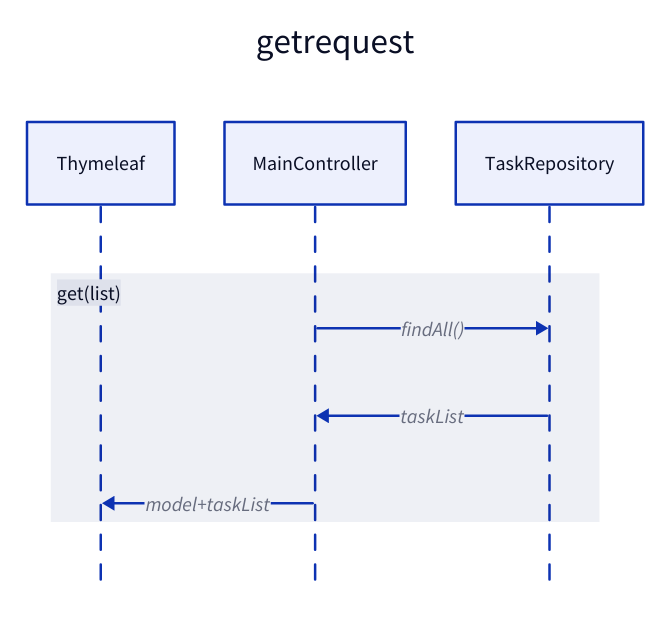
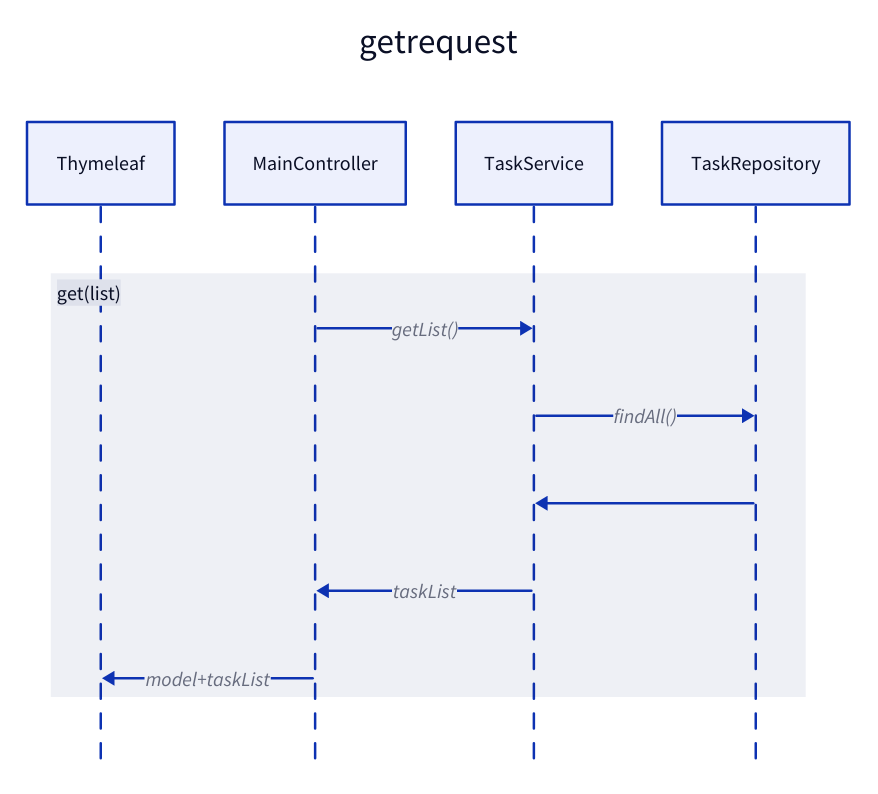
Before and after one commit to soljeong/todolist: the diagram in sequencs.d2, drawn with D2. The commit also changed 3 other files, not shown here.

```diff
--- a/sequencs.d2
+++ b/sequencs.d2
@@ -1,12 +1,15 @@
 getrequest: {
   shape: sequence_diagram
 
   th: Thymeleaf
   con: MainController
+  ser: TaskService
   re: TaskRepository
   get(list): {
-    con -> re: findAll()
-    re -> con: taskList
+    con -> ser: getList()
+    ser -> re : findAll()
+    re -> ser 
+    ser -> con: taskList
     con -> th: model+taskList
   }
 }
```
